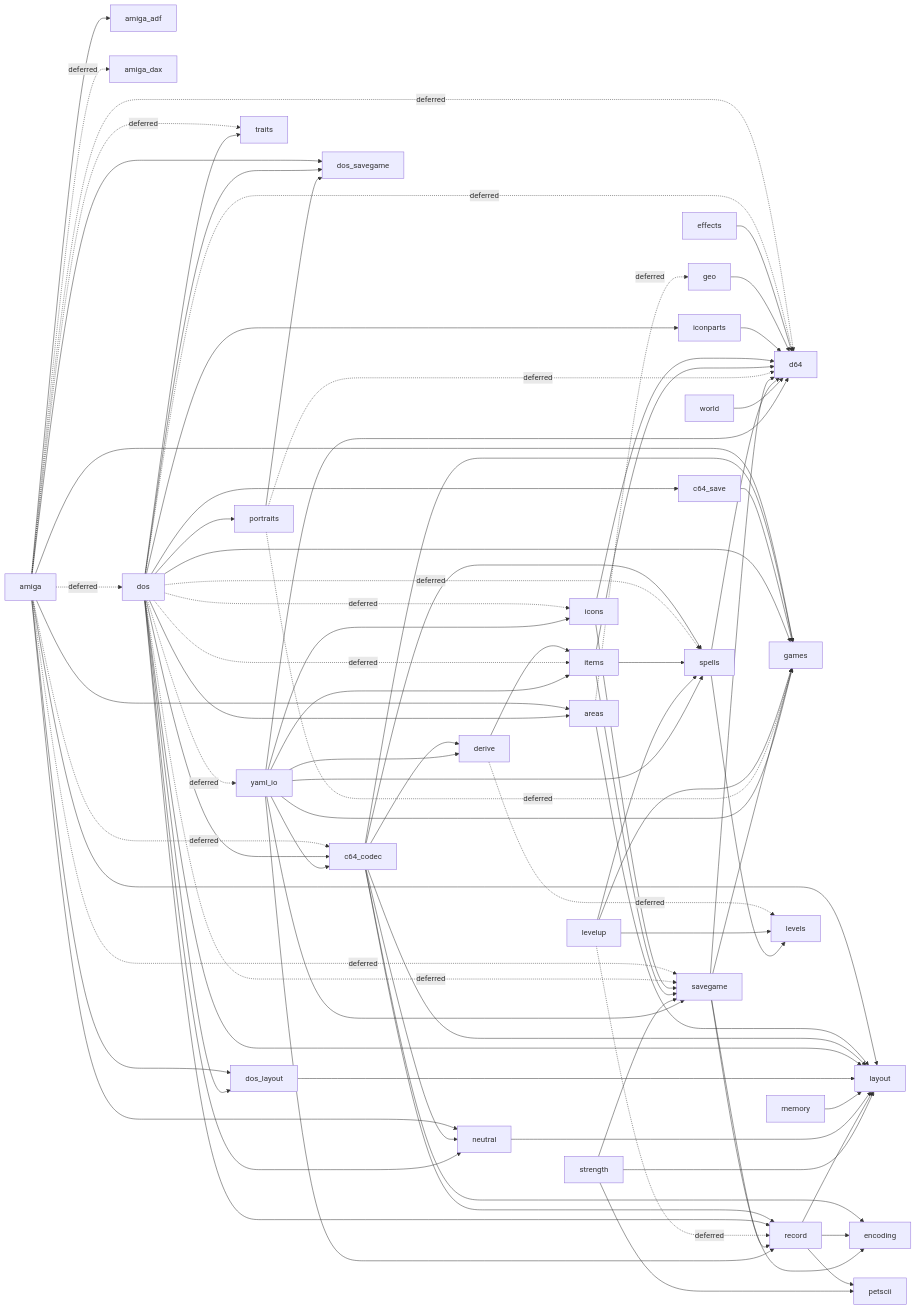
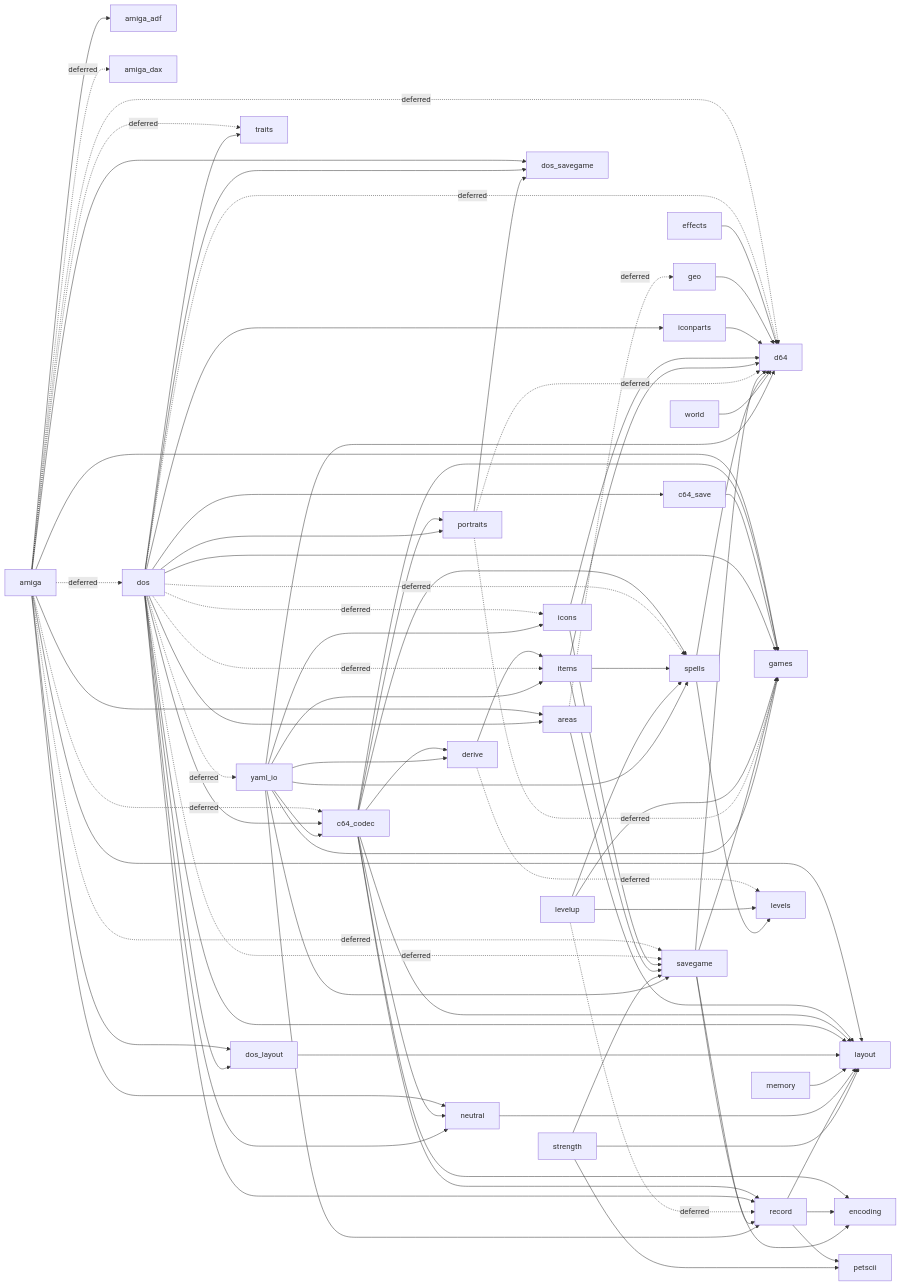
The fourth of 4 diagrams in docs/117-save-conversion.md (malcyon/wish), drawn with Mermaid before and after one commit. The commit also changed 1 other file, not shown here.

Commit message:
Let the two refusal tests stand in for a savgam_zeroes that now takes a shape, and redraw the import graph the later-title writer moved (#299)
Claude-Session: https://claude.ai/code/session_01Xw5tLRgiZMvh9CJepiyhKQ

```diff
--- a/docs/117-save-conversion.md
+++ b/docs/117-save-conversion.md
@@ -1865,6 +1865,7 @@
   c64_codec --> games
   c64_codec --> layout
   c64_codec --> neutral
+  c64_codec --> portraits
   c64_codec --> record
   c64_codec --> spells
   c64_save --> games
```
